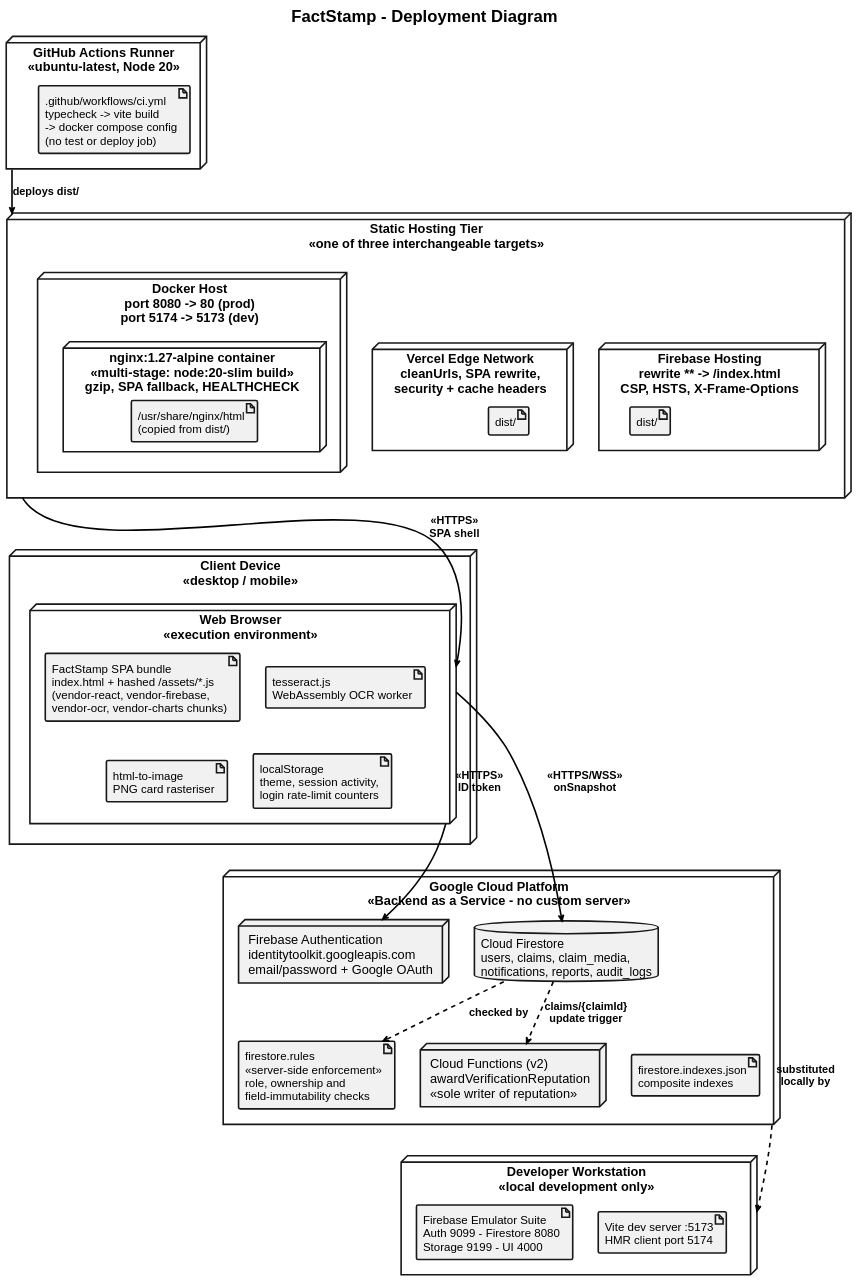
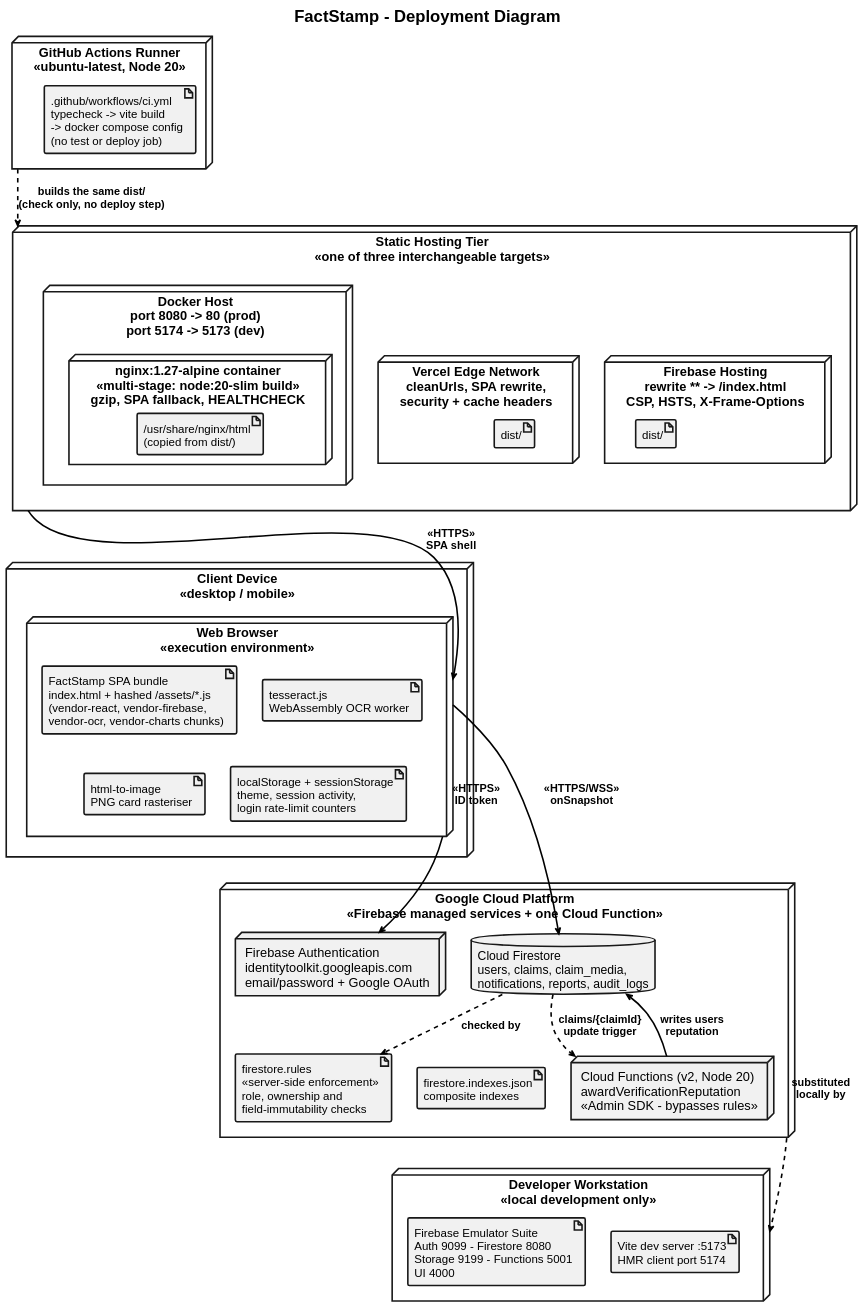
The diagram in FactStamp/main_blackbook/03_Requirements_and_Analysis/attachments/deployment_diagram.puml (aadish0day/typst), drawn with PlantUML before and after one commit. The commit also changed 36 other files, not shown here.

First line of the commit message:
docs(FactStamp): reflect reputation cloud function in diagrams and wireframes

```diff
--- a/FactStamp/main_blackbook/03_Requirements_and_Analysis/attachments/deployment_diagram.puml
+++ b/FactStamp/main_blackbook/03_Requirements_and_Analysis/attachments/deployment_diagram.puml
@@ -1,108 +1,109 @@
 @startuml
 skinparam style strictuml
 skinparam monochrome true
 skinparam defaultFontName "Liberation Sans"
 skinparam defaultFontSize 20
 skinparam defaultFontStyle bold
 skinparam titleFontSize 26
 skinparam titleFontStyle bold
 
 skinparam backgroundColor white
 skinparam ArrowColor black
 skinparam ArrowThickness 2.5
 skinparam ArrowFontSize 17
 skinparam ArrowFontStyle bold
 
 skinparam RectangleBorderColor black
 skinparam RectangleBorderThickness 2.5
 skinparam RectangleBackgroundColor transparent
 skinparam RectangleFontSize 20
 skinparam RectangleFontStyle bold
 
 skinparam ComponentBorderColor black
 skinparam ComponentBorderThickness 2.5
 skinparam ComponentBackgroundColor #F8F9FA
 skinparam ComponentFontSize 20
 skinparam ComponentFontStyle bold
 
 title FactStamp - Deployment Diagram
 
 skinparam NodeBorderThickness 2.5
 skinparam NodeFontSize 20
 skinparam ArtifactBorderThickness 2.5
 skinparam ArtifactFontSize 18
 skinparam DatabaseBorderThickness 2.5
 skinparam DatabaseFontSize 19
 skinparam Ranksep 50
 skinparam Nodesep 40
 
 node "Client Device\n<<desktop / mobile>>" as CLIENT {
   node "Web Browser\n<<execution environment>>" as BROWSER {
     artifact "FactStamp SPA bundle\nindex.html + hashed /assets/*.js\n(vendor-react, vendor-firebase,\nvendor-ocr, vendor-charts chunks)" as A_SPA
     artifact "tesseract.js\nWebAssembly OCR worker" as A_OCR
     artifact "html-to-image\nPNG card rasteriser" as A_CARD
-    artifact "localStorage\ntheme, session activity,\nlogin rate-limit counters" as A_LS
+    artifact "localStorage + sessionStorage\ntheme, session activity,\nlogin rate-limit counters" as A_LS
 
     A_SPA -[hidden]right- A_OCR
     A_CARD -[hidden]right- A_LS
     A_SPA -[hidden]down- A_CARD
   }
 }
 
 node "GitHub Actions Runner\n<<ubuntu-latest, Node 20>>" as CI {
   artifact ".github/workflows/ci.yml\ntypecheck -> vite build\n-> docker compose config\n(no test or deploy job)" as A_CI
 }
 
 node "Static Hosting Tier\n<<one of three interchangeable targets>>" as HOST {
 
   node "Firebase Hosting\nrewrite ** -> /index.html\nCSP, HSTS, X-Frame-Options" as H_FB {
     artifact "dist/" as A_D1
   }
 
   node "Vercel Edge Network\ncleanUrls, SPA rewrite,\nsecurity + cache headers" as H_VC {
     artifact "dist/" as A_D2
   }
 
   node "Docker Host\nport 8080 -> 80 (prod)\nport 5174 -> 5173 (dev)" as H_DK {
     node "nginx:1.27-alpine container\n<<multi-stage: node:20-slim build>>\ngzip, SPA fallback, HEALTHCHECK" as H_NGX {
       artifact "/usr/share/nginx/html\n(copied from dist/)" as A_D3
     }
   }
 
   H_FB -[hidden]right- H_VC
   H_VC -[hidden]right- H_DK
 }
 
-node "Google Cloud Platform\n<<Backend as a Service - no custom server>>" as GCP {
+node "Google Cloud Platform\n<<Firebase managed services + one Cloud Function>>" as GCP {
   node "Firebase Authentication\nidentitytoolkit.googleapis.com\nemail/password + Google OAuth" as GAUTH
   database "Cloud Firestore\nusers, claims, claim_media,\nnotifications, reports, audit_logs" as GDB
   artifact "firestore.rules\n<<server-side enforcement>>\nrole, ownership and\nfield-immutability checks" as A_RULES
   artifact "firestore.indexes.json\ncomposite indexes" as A_IDX
-  node "Cloud Functions (v2)\nawardVerificationReputation\n<<sole writer of reputation>>" as GFN
+  node "Cloud Functions (v2, Node 20)\nawardVerificationReputation\n<<Admin SDK - bypasses rules>>" as GFN
 
   GAUTH -[hidden]right- GDB
   A_RULES -[hidden]right- A_IDX
   GAUTH -[hidden]down- A_RULES
 }
 
 node "Developer Workstation\n<<local development only>>" as DEV {
-  artifact "Firebase Emulator Suite\nAuth 9099 - Firestore 8080\nStorage 9199 - UI 4000" as A_EMU
+  artifact "Firebase Emulator Suite\nAuth 9099 - Firestore 8080\nStorage 9199 - Functions 5001\nUI 4000" as A_EMU
   artifact "Vite dev server :5173\nHMR client port 5174" as A_VITE
 
   A_EMU -[hidden]right- A_VITE
 }
 
-CI --> HOST : deploys dist/
+CI ..> HOST : builds the same dist/\n(check only, no deploy step)
 HOST --> BROWSER : <<HTTPS>>\nSPA shell
 BROWSER --> GAUTH : <<HTTPS>>\nID token
 BROWSER --> GDB : <<HTTPS/WSS>>\nonSnapshot
 GDB ..> A_RULES : checked by
 GDB ..> GFN : claims/{claimId}\nupdate trigger
+GDB <-- GFN : writes users\nreputation
 GCP ..> DEV : substituted\nlocally by
 
 ' ---- hidden spine: keeps the four tiers vertically aligned ----
 A_D1 -[hidden]down- A_SPA
 A_CARD -[hidden]down- GAUTH
 A_RULES -[hidden]down- A_EMU
 
 @enduml
```
